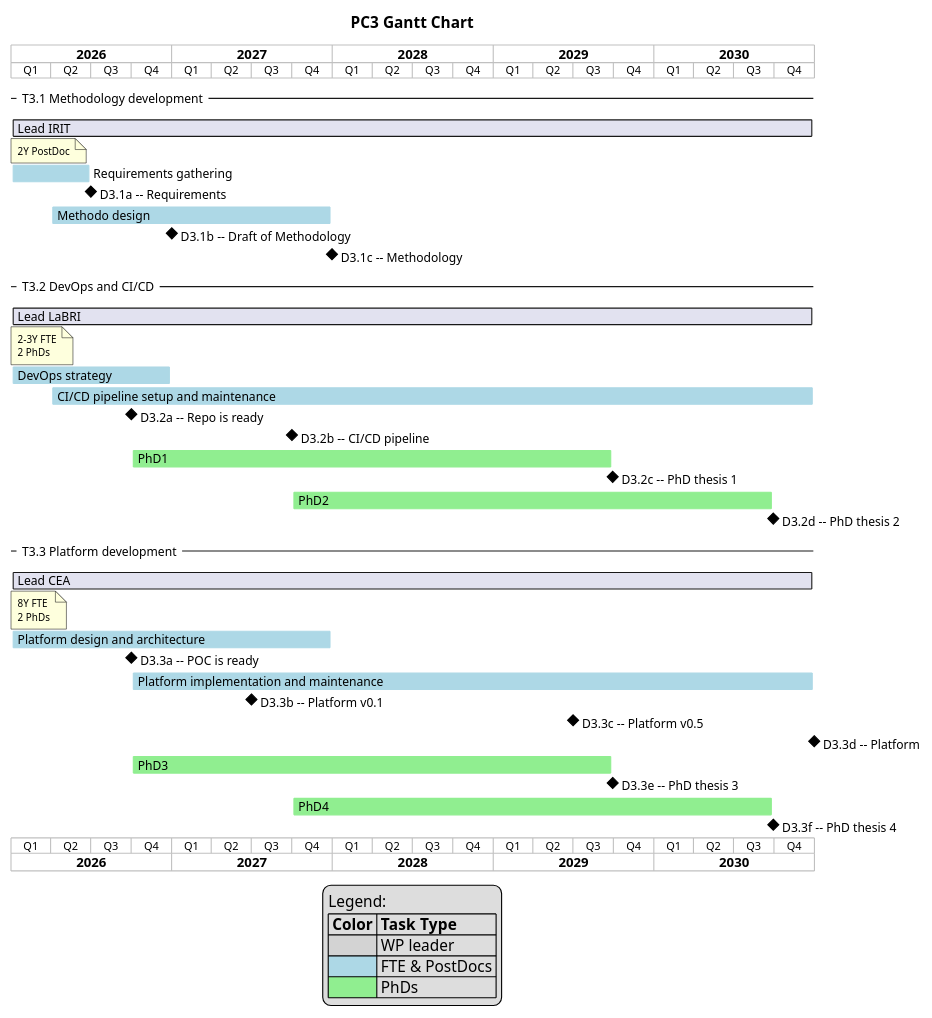
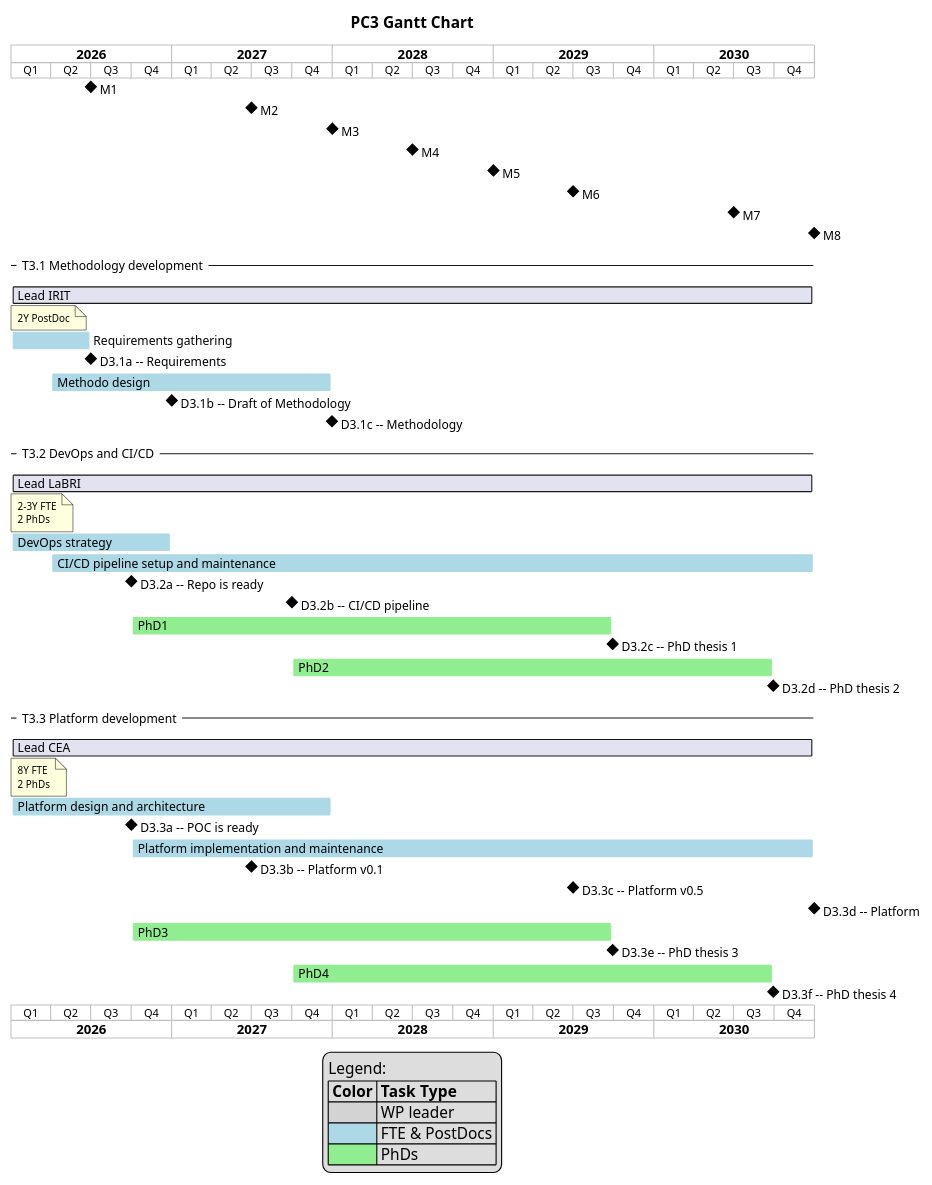
One commit to jmbruel/edt-pc3 changed the diagram in pc3-gantt.plantuml. Above: the diagram before and after it, drawn with PlantUML. The commit also changed 1 other file, not shown here.

```diff
--- a/pc3-gantt.plantuml
+++ b/pc3-gantt.plantuml
@@ -1,86 +1,99 @@
 @startgantt PC3GanttChart
 
 title PC3 Gantt Chart
 
 printscale quarterly
 Project starts the 1st of January 2026
 ' Project ends the 31st of December 2029
+
+' General Milestones
+[M1] happens at 1st of July 2026
+[M2] happens at 1st of July 2027
+[M3] happens at 1st of January 2028
+[M4] happens at 1st of July 2028
+[M5] happens at 1st of January 2029
+[M6] happens at 1st of July 2029
+[M7] happens at 1st of July 2030
+[M8] happens at 31st of December 2030
+
+
+
 -- T3.1 Methodology development --
 ' PostDoc 2 ans
 [Lead IRIT] requires 1825 days
 note bottom
   2Y PostDoc
 end note
 
 [Requirements gathering] as [T3.1a] requires 182 days and is colored in LightBlue
 [D3.1a -- Requirements] happens at [T3.1a]'s end
 
 [Methodo design] as [T3.1b] requires 640 days and is colored in LightBlue
 [T3.1b] starts 1st April 2026
 [D3.1b -- Draft of Methodology ] happens 1st January 2027
 [D3.1c -- Methodology] happens at [T3.1b]'s end
 
 -- T3.2 DevOps and CI/CD --
 ' 1.5 FTE + 1.5 FTE
 [Lead LaBRI] requires 1825 days
 note bottom
   2-3Y FTE
   2 PhDs
 end note
 
 
 [DevOps strategy] as [T3.2a] requires 365 days and is colored in LightBlue
 [T3.2a] starts 1st January 2026
 [CI/CD pipeline setup and maintenance] as [T3.2b] is colored in LightBlue
 [T3.2b] starts 1st April 2026
 [T3.2b] ends 31st December 2030
 
 [D3.2a -- Repo is ready] happens 1st October 2026
 [D3.2b -- CI/CD pipeline] happens 1st October 2027
 
 [PhD1] as [T3.2c] requires 1095 days and is colored in LightGreen
 [T3.2c] starts 1st October 2026
 [D3.2c -- PhD thesis 1] happens at [T3.2c]'s end
 
 [PhD2] as [T3.2d] requires 1095 days and is colored in LightGreen
 [T3.2d] starts 1st October 2027
 [D3.2d -- PhD thesis 2] happens at [T3.2d]'s end
 
 -- T3.3 Platform development --
 ' 2FTE 4 years
 [Lead CEA] requires 1825 days
 note bottom
   8Y FTE
   2 PhDs
 end note
 
 [Platform design and architecture] as [T3.3a] requires 730 days and is colored in LightBlue
 [T3.3a] starts 1st January 2026
 [D3.3a -- POC is ready] happens 1st October 2026
 
 [Platform implementation and maintenance] as [T3.3b] is colored in LightBlue
 [T3.3b] starts 1st October 2026
 [T3.3b] ends 31st December 2030
 [D3.3b -- Platform v0.1] happens 1st July 2027
 [D3.3c -- Platform v0.5] happens 1st July 2029
 [D3.3d -- Platform] happens at [T3.3b]'s end
 
 [PhD3] as [T3.3c] requires 1095 days and is colored in LightGreen
 [T3.3c] starts 1st October 2026
 [D3.3e -- PhD thesis 3] happens at [T3.3c]'s end
 
 [PhD4] as [T3.3d] requires 1095 days and is colored in LightGreen
 [T3.3d] starts 1st October 2027
 [D3.3f -- PhD thesis 4] happens at [T3.3d]'s end
 
 
 ' Legend
 legend
 Legend:
 |= Color |= Task Type |
 |<#lightgray> | WP leader |
 |<#LightBlue>| FTE & PostDocs |
 |<#LightGreen> | PhDs |
 end legend
 
 @endgantt
```
